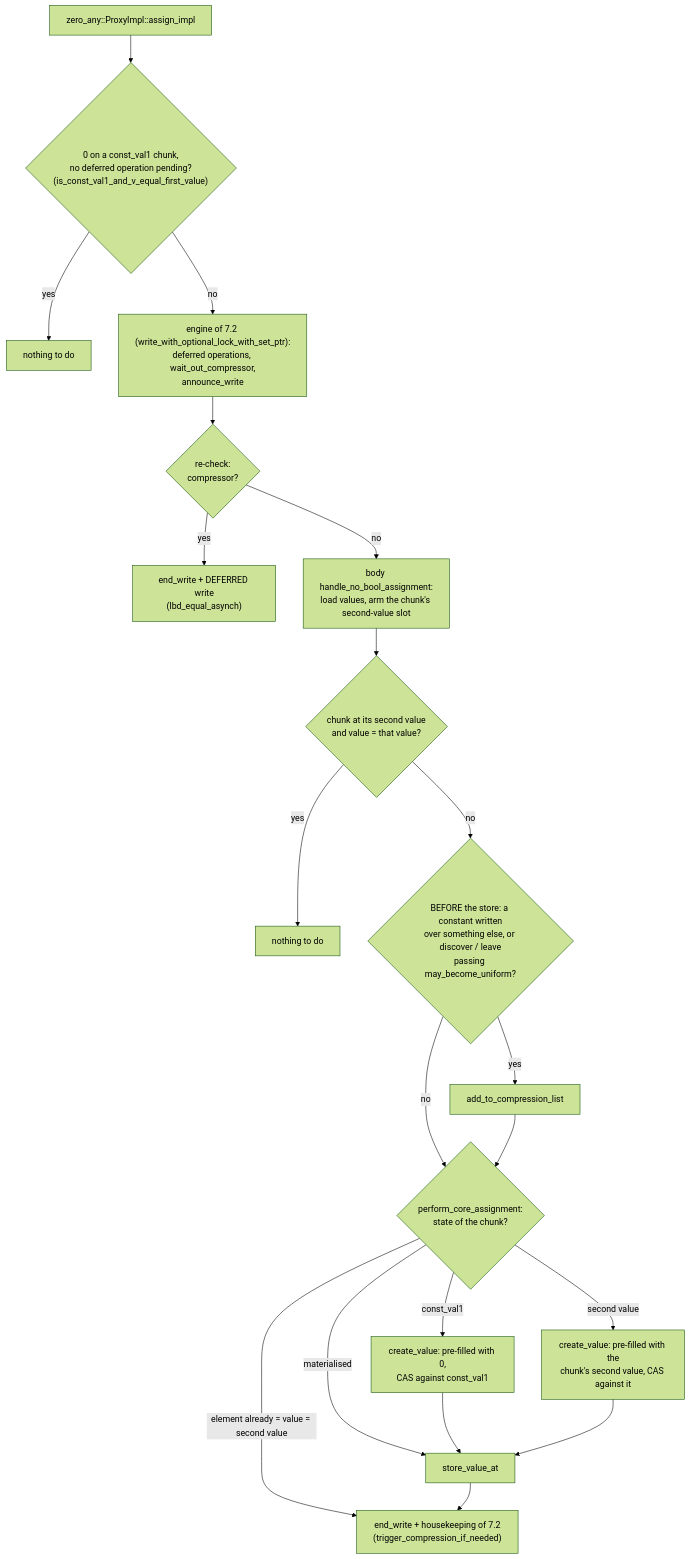
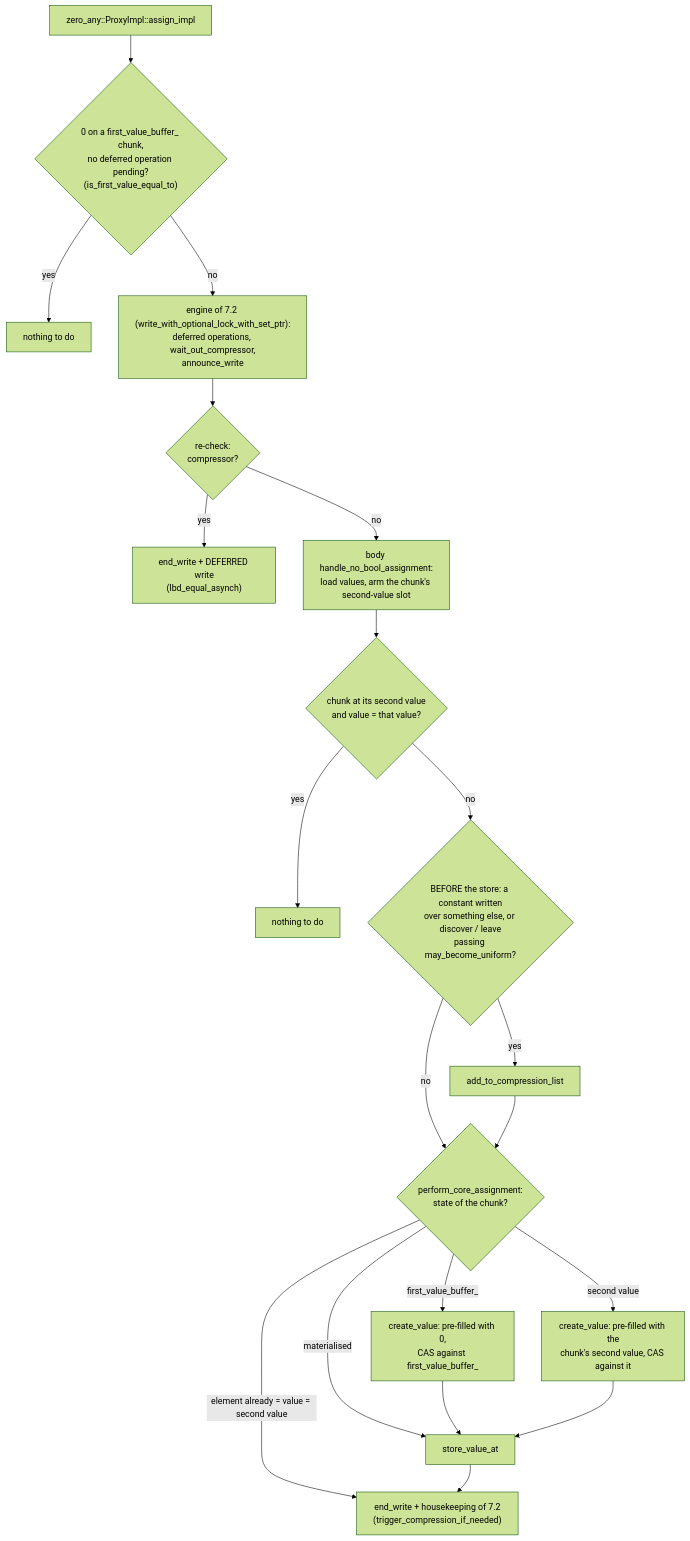
Before and after one commit to cea-hpc/shrink-array: the second of 2 diagrams in docs/algo_zero_any.md, drawn with Mermaid (forest theme). The commit also changed other lines of this file and 79 other files, not shown here.

````diff
--- a/docs/algo_zero_any.md
+++ b/docs/algo_zero_any.md
@@ -185,22 +185,22 @@
 ```mermaid
 flowchart TD
-    A["zero_any::ProxyImpl::assign_impl"] --> B{"0 on a const_val1 chunk,<br/>no deferred operation pending?<br/>(is_const_val1_and_v_equal_first_value)"}
+    A["zero_any::ProxyImpl::assign_impl"] --> B{"0 on a first_value_buffer_ chunk,<br/>no deferred operation pending?<br/>(is_first_value_equal_to)"}
     B -->|yes| B1["nothing to do"]
     B -->|no| C["engine of 7.2 (write_with_optional_lock_with_set_ptr):<br/>deferred operations, wait_out_compressor,<br/>announce_write"]
     C --> D{"re-check:<br/>compressor?"}
     D -->|yes| D1["end_write + DEFERRED write<br/>(lbd_equal_asynch)"]
     D -->|no| E["body handle_no_bool_assignment:<br/>load values, arm the chunk's second-value slot"]
     E --> F{"chunk at its second value<br/>and value = that value?"}
     F -->|yes| F1["nothing to do"]
     F -->|no| G{"BEFORE the store: a constant written<br/>over something else, or discover / leave<br/>passing may_become_uniform?"}
     G -->|yes| G1["add_to_compression_list"]
     G -->|no| H
     G1 --> H{"perform_core_assignment:<br/>state of the chunk?"}
     H -->|"element already = value = second value"| K
-    H -->|"const_val1"| H1["create_value: pre-filled with 0,<br/>CAS against const_val1"]
+    H -->|"first_value_buffer_"| H1["create_value: pre-filled with 0,<br/>CAS against first_value_buffer_"]
     H -->|"second value"| H2["create_value: pre-filled with the<br/>chunk's second value, CAS against it"]
     H -->|"materialised"| I
     H1 --> I["store_value_at"]
     H2 --> I
     I --> K["end_write + housekeeping of 7.2<br/>(trigger_compression_if_needed)"]
 ```
````
